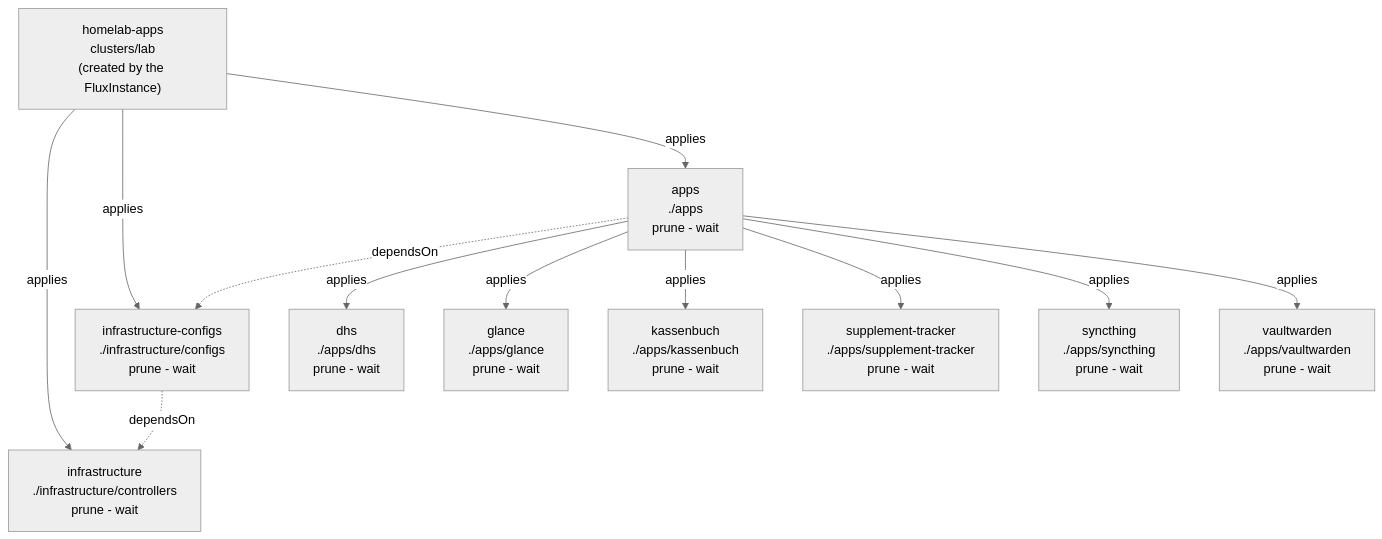
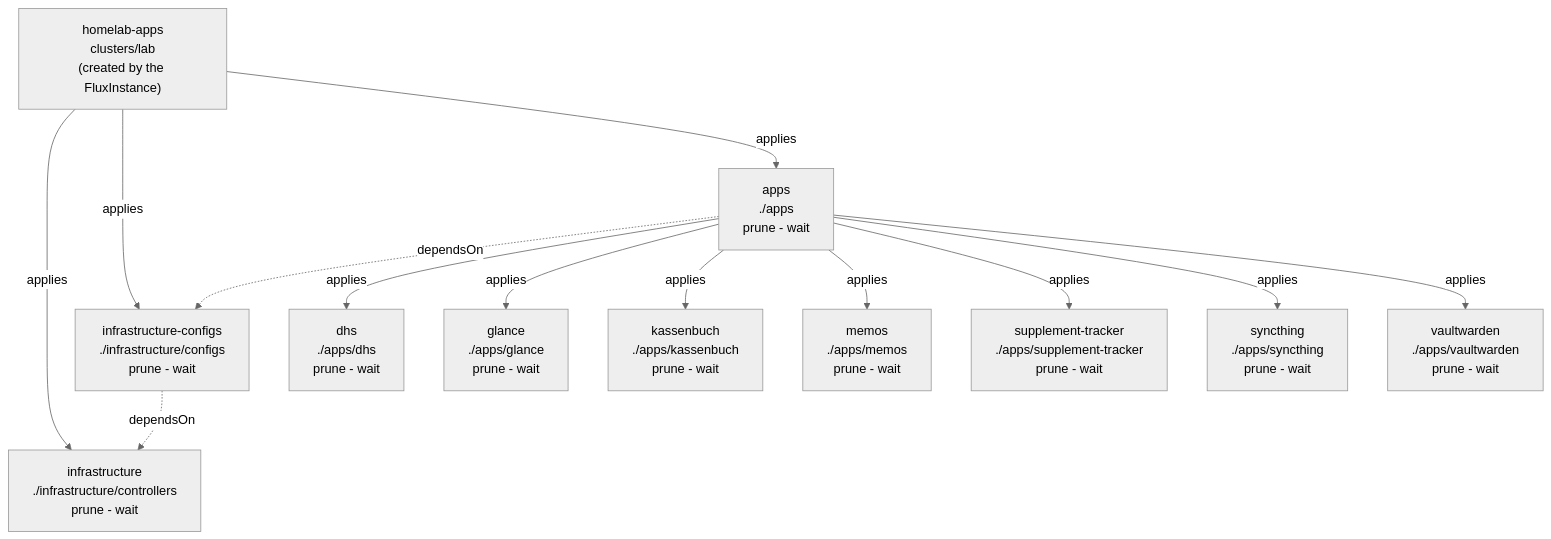
The diagram in README.md (Sojamann/homelab-apps), drawn with Mermaid (neutral theme) before and after one commit. The commit also changed other lines of this file and 11 other files, not shown here.

Commit message:
apps: memos note taking, Pocket ID SSO, attachments on the NAS

````diff
--- a/README.md
+++ b/README.md
@@ -17,18 +17,19 @@
 ```mermaid
 graph TD
   ROOT["homelab-apps<br/>clusters/lab<br/>(created by the FluxInstance)"]
 
   ROOT -->|applies| INFRA["infrastructure<br/>./infrastructure/controllers<br/>prune - wait"]
   ROOT -->|applies| CFG["infrastructure-configs<br/>./infrastructure/configs<br/>prune - wait"]
   ROOT -->|applies| APPS["apps<br/>./apps<br/>prune - wait"]
 
   CFG -.->|dependsOn| INFRA
   APPS -.->|dependsOn| CFG
 
   APPS -->|applies| DH["dhs<br/>./apps/dhs<br/>prune - wait"]
   APPS -->|applies| GL["glance<br/>./apps/glance<br/>prune - wait"]
   APPS -->|applies| KB["kassenbuch<br/>./apps/kassenbuch<br/>prune - wait"]
+  APPS -->|applies| MM["memos<br/>./apps/memos<br/>prune - wait"]
   APPS -->|applies| ST["supplement-tracker<br/>./apps/supplement-tracker<br/>prune - wait"]
   APPS -->|applies| SY["syncthing<br/>./apps/syncthing<br/>prune - wait"]
   APPS -->|applies| VW["vaultwarden<br/>./apps/vaultwarden<br/>prune - wait"]
 ```
````
